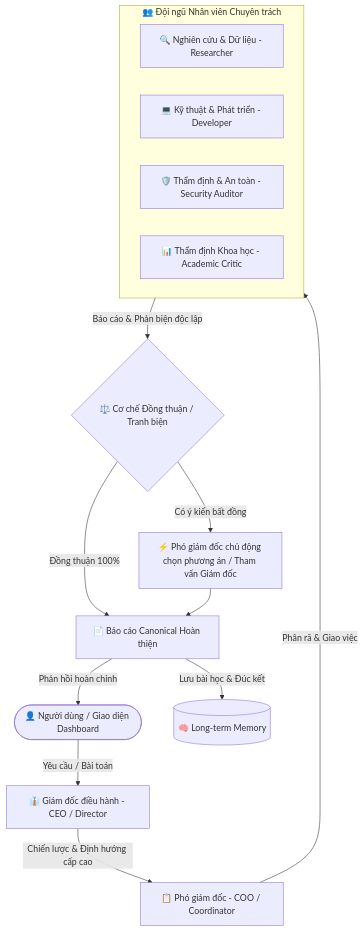
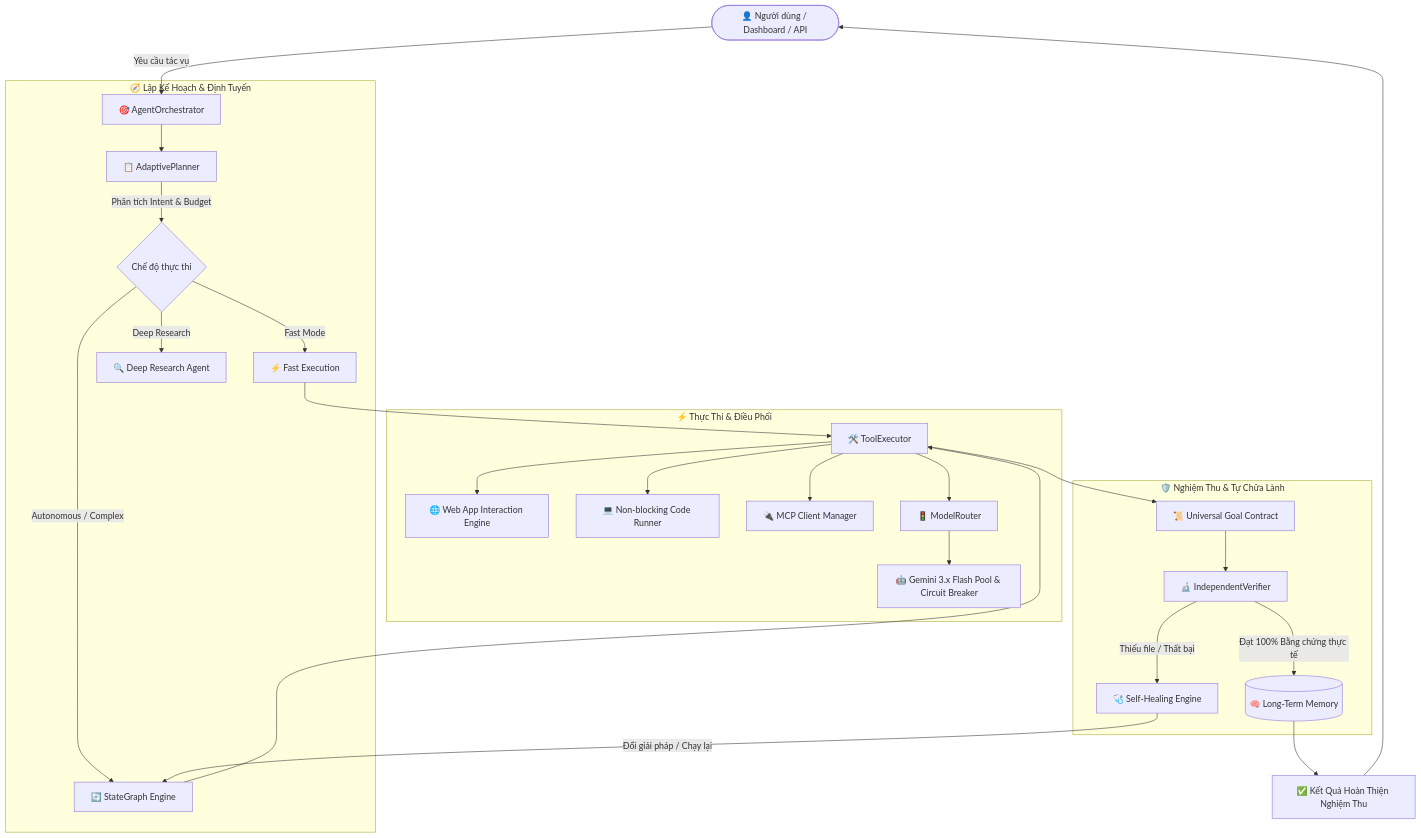
The diagram in README.md (namoktin/AI-agent), drawn with Mermaid before and after one commit. The commit also changed other lines of this file, not shown here.

Commit message:
docs: upgrade README.md to Cyber Agent Pro v2.0 Architecture & Documentation

````diff
--- a/README.md
+++ b/README.md
@@ -28,22 +34,34 @@
 ```mermaid
 flowchart TD
-    User([👤 Người dùng / Giao diện Dashboard]) -->|Yêu cầu / Bài toán| CEO[👔 Giám đốc điều hành - CEO / Director]
-    CEO -->|Chiến lược & Định hướng cấp cao| COO[📋 Phó giám đốc - COO / Coordinator]
+    User([👤 Người dùng / Dashboard / API]) -->|Yêu cầu tác vụ| Orchestrator[🎯 AgentOrchestrator]
     
-    subgraph Specialists [👥 Đội ngũ Nhân viên Chuyên trách]
-        A1[🔍 Nghiên cứu & Dữ liệu - Researcher]
-        A2[💻 Kỹ thuật & Phát triển - Developer]
-        A3[🛡️ Thẩm định & An toàn - Security Auditor]
-        A4[📊 Thẩm định Khoa học - Academic Critic]
+    subgraph Planning & Routing [🧭 Lập Kế Hoạch & Định Tuyến]
+        Orchestrator --> Planner[📋 AdaptivePlanner]
+        Planner -->|Phân tích Intent & Budget| ModeSelector{Chế độ thực thi}
+        ModeSelector -->|Fast Mode| FastExec[⚡ Fast Execution]
+        ModeSelector -->|Autonomous / Complex| StateGraph[🔄 StateGraph Engine]
+        ModeSelector -->|Deep Research| ResearchAgent[🔍 Deep Research Agent]
     end
 
-    COO -->|Phân rã & Giao việc| Specialists
-    Specialists -->|Báo cáo & Phản biện độc lập| Consensus{⚖️ Cơ chế Đồng thuận / Tranh biện}
-    
-    Consensus -->|Đồng thuận 100%| FinalReport[📄 Báo cáo Canonical Hoàn thiện]
-    Consensus -->|Có ý kiến bất đồng| Decision[⚡ Phó giám đốc chủ động chọn phương án / Tham vấn Giám đốc]
-    Decision --> FinalReport
-    
-    FinalReport -->|Lưu bài học & Đúc kết| Memory[(🧠 Long-term Memory)]
-    FinalReport -->|Phản hồi hoàn chỉnh| User
+    subgraph Core Execution Engine [⚡ Thực Thi & Điều Phối]
+        StateGraph --> ToolExec[🛠️ ToolExecutor]
+        FastExec --> ToolExec
+        ToolExec --> BrowserEngine[🌐 Web App Interaction Engine]
+        ToolExec --> CodeSandbox[💻 Non-blocking Code Runner]
+        ToolExec --> MCP[🔌 MCP Client Manager]
+        
+        ToolExec --> Router[🚦 ModelRouter]
+        Router --> GeminiPool[🤖 Gemini 3.x Flash Pool & Circuit Breaker]
+    end
+
+    subgraph Verification & Healing [🛡️ Nghiệm Thu & Tự Chữa Lành]
+        ToolExec --> Contract[📜 Universal Goal Contract]
+        Contract --> Verifier[🔬 IndependentVerifier]
+        Verifier -->|Thiếu file / Thất bại| Healer[🩺 Self-Healing Engine]
+        Healer -->|Đổi giải pháp / Chạy lại| StateGraph
+        Verifier -->|Đạt 100% Bằng chứng thực tế| Memory[(🧠 Long-Term Memory)]
+    end
+
+    Memory --> FinalOutput[✅ Kết Quả Hoàn Thiện Nghiệm Thu]
+    FinalOutput --> User
 ```
````
